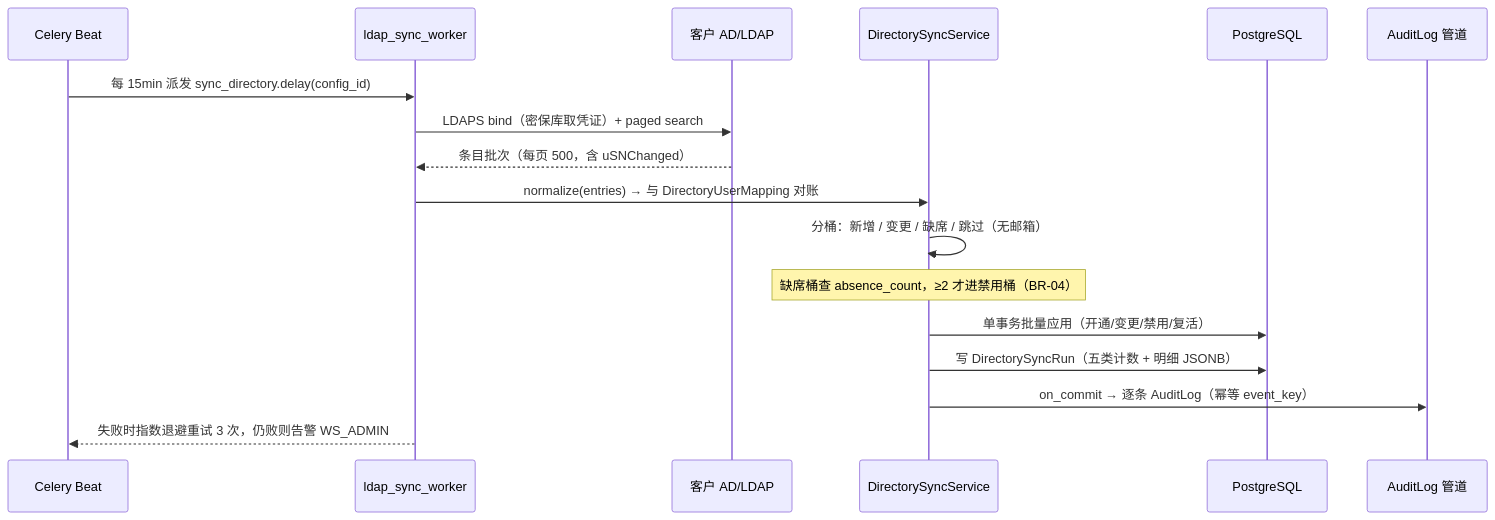
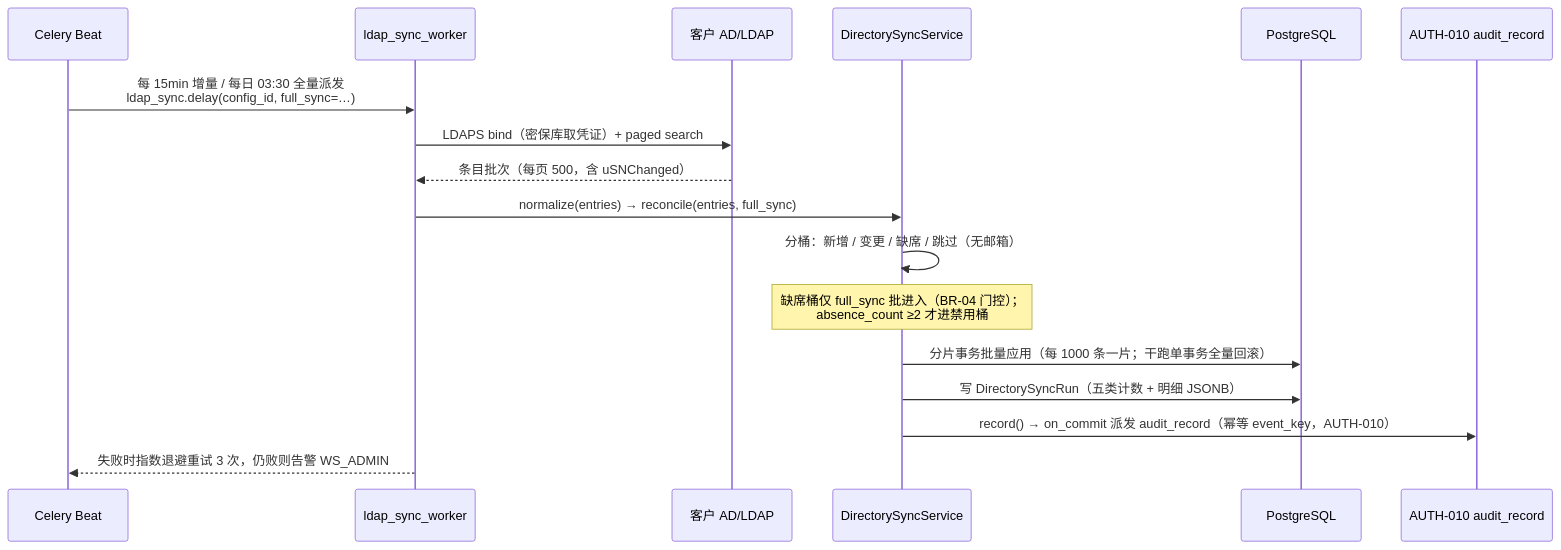
One commit to RabbitAI-Lab/RabbitProjects changed the second of 3 diagrams in docs/sprint-future-p4/AUTH-011-ldap-scim.md. Above: the diagram before and after it, drawn with Mermaid. The commit also changed other lines of this file and 10 other files, not shown here.

````diff
--- a/docs/sprint-future-p4/AUTH-011-ldap-scim.md
+++ b/docs/sprint-future-p4/AUTH-011-ldap-scim.md
@@ -128,20 +131,20 @@
 ```mermaid
 sequenceDiagram
     participant Beat as Celery Beat
     participant W as ldap_sync_worker
     participant AD as 客户 AD/LDAP
     participant SVC as DirectorySyncService
     participant DB as PostgreSQL
-    participant AU as AuditLog 管道
+    participant AU as AUTH-010 audit_record
 
-    Beat->>W: 每 15min 派发 sync_directory.delay(config_id)
+    Beat->>W: 每 15min 增量 / 每日 03:30 全量派发<br/>ldap_sync.delay(config_id, full_sync=…)
     W->>AD: LDAPS bind（密保库取凭证）+ paged search
     AD-->>W: 条目批次（每页 500，含 uSNChanged）
-    W->>SVC: normalize(entries) → 与 DirectoryUserMapping 对账
+    W->>SVC: normalize(entries) → reconcile(entries, full_sync)
     SVC->>SVC: 分桶：新增 / 变更 / 缺席 / 跳过（无邮箱）
-    Note over SVC: 缺席桶查 absence_count，≥2 才进禁用桶（BR-04）
-    SVC->>DB: 单事务批量应用（开通/变更/禁用/复活）
+    Note over SVC: 缺席桶仅 full_sync 批进入（BR-04 门控）；<br/>absence_count ≥2 才进禁用桶
+    SVC->>DB: 分片事务批量应用（每 1000 条一片；干跑单事务全量回滚）
     SVC->>DB: 写 DirectorySyncRun（五类计数 + 明细 JSONB）
-    SVC->>AU: on_commit → 逐条 AuditLog（幂等 event_key）
+    SVC->>AU: record() → on_commit 派发 audit_record（幂等 event_key，AUTH-010）
     W-->>Beat: 失败时指数退避重试 3 次，仍败则告警 WS_ADMIN
 ```
````
